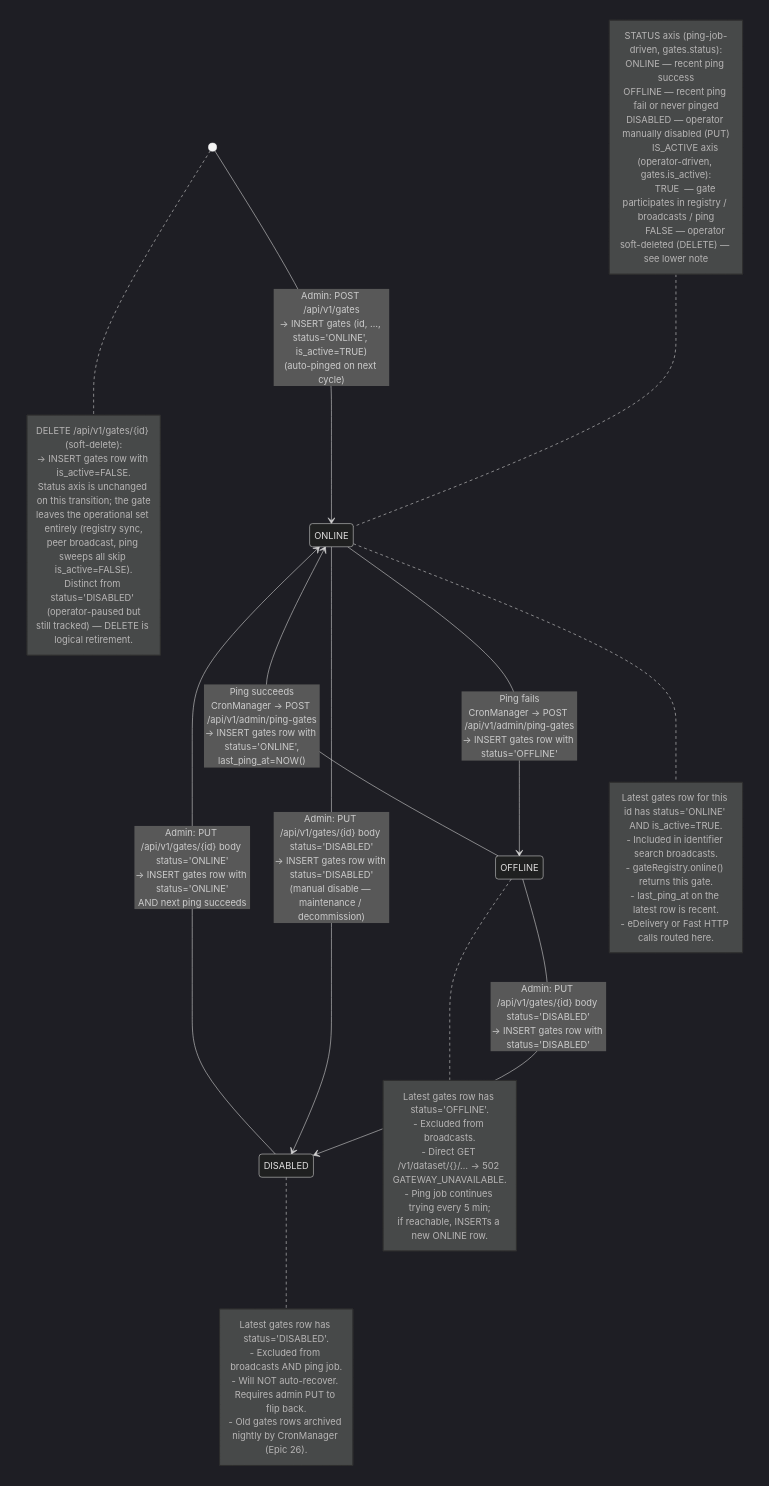
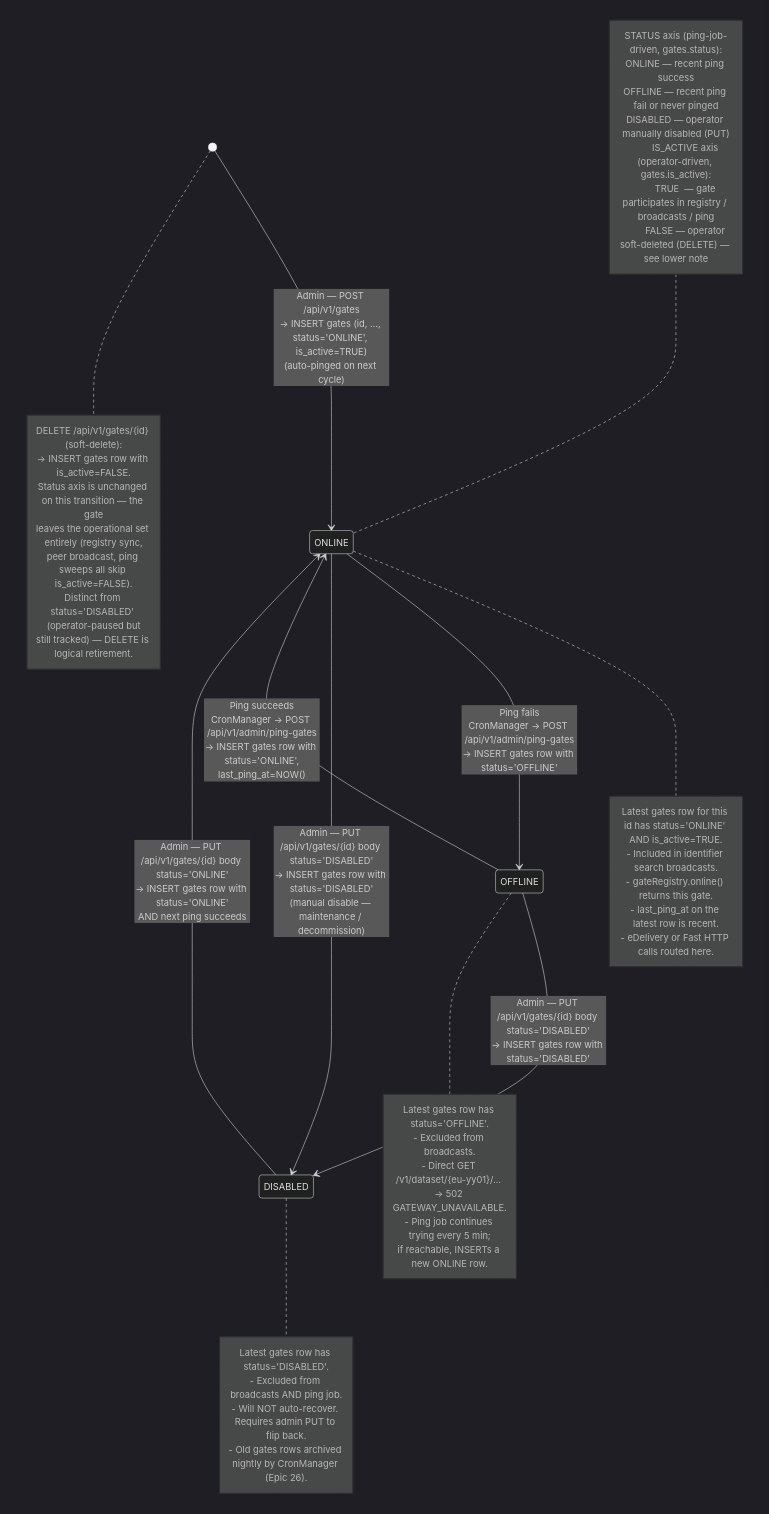
Before and after one commit to kemit-ee/efti-gate-ee: the diagram in docs/specs/diagrams/state-05-gate-health.mmd, drawn with Mermaid (dark theme). The commit also changed 25 other files, not shown here.

First line of the commit message:
docs(specs): fix Mermaid rendering — all 26 diagrams now render under mermaid v10 (#13)

```diff
--- a/docs/specs/diagrams/state-05-gate-health.mmd
+++ b/docs/specs/diagrams/state-05-gate-health.mmd
@@ -1,56 +1,56 @@
 stateDiagram-v2
-    [*] --> ONLINE: Admin: POST /api/v1/gates<br/>→ INSERT gates (id, …, status='ONLINE', is_active=TRUE)<br/>(auto-pinged on next cycle)
+    [*] --> ONLINE: Admin — POST /api/v1/gates<br/>→ INSERT gates (id, …, status='ONLINE', is_active=TRUE)<br/>(auto-pinged on next cycle)
 
     ONLINE --> OFFLINE: Ping fails<br/>CronManager → POST /api/v1/admin/ping-gates<br/>→ INSERT gates row with status='OFFLINE'
 
     OFFLINE --> ONLINE: Ping succeeds<br/>CronManager → POST /api/v1/admin/ping-gates<br/>→ INSERT gates row with status='ONLINE',<br/>last_ping_at=NOW()
 
-    ONLINE --> DISABLED: Admin: PUT /api/v1/gates/{id} body status='DISABLED'<br/>→ INSERT gates row with status='DISABLED'<br/>(manual disable — maintenance / decommission)
+    ONLINE --> DISABLED: Admin — PUT /api/v1/gates/{id} body status='DISABLED'<br/>→ INSERT gates row with status='DISABLED'<br/>(manual disable — maintenance / decommission)
 
-    OFFLINE --> DISABLED: Admin: PUT /api/v1/gates/{id} body status='DISABLED'<br/>→ INSERT gates row with status='DISABLED'
+    OFFLINE --> DISABLED: Admin — PUT /api/v1/gates/{id} body status='DISABLED'<br/>→ INSERT gates row with status='DISABLED'
 
-    DISABLED --> ONLINE: Admin: PUT /api/v1/gates/{id} body status='ONLINE'<br/>→ INSERT gates row with status='ONLINE'<br/>AND next ping succeeds
+    DISABLED --> ONLINE: Admin — PUT /api/v1/gates/{id} body status='ONLINE'<br/>→ INSERT gates row with status='ONLINE'<br/>AND next ping succeeds
 
     note left of ONLINE
         STATUS axis (ping-job-driven, gates.status):
         ONLINE — recent ping success
         OFFLINE — recent ping fail or never pinged
         DISABLED — operator manually disabled (PUT)
 
         IS_ACTIVE axis (operator-driven, gates.is_active):
         TRUE  — gate participates in registry / broadcasts / ping
         FALSE — operator soft-deleted (DELETE) — see lower note
     end note
 
     note right of ONLINE
         Latest gates row for this id has status='ONLINE' AND is_active=TRUE.
         - Included in identifier search broadcasts.
         - gateRegistry.online() returns this gate.
         - last_ping_at on the latest row is recent.
         - eDelivery or Fast HTTP calls routed here.
     end note
 
     note right of OFFLINE
         Latest gates row has status='OFFLINE'.
         - Excluded from broadcasts.
-        - Direct GET /v1/dataset/{<peerGateA>}/… → 502 GATEWAY_UNAVAILABLE.
+        - Direct GET /v1/dataset/{eu-yy01}/… → 502 GATEWAY_UNAVAILABLE.
         - Ping job continues trying every 5 min;
           if reachable, INSERTs a new ONLINE row.
     end note
 
     note right of DISABLED
         Latest gates row has status='DISABLED'.
         - Excluded from broadcasts AND ping job.
         - Will NOT auto-recover. Requires admin PUT to flip back.
         - Old gates rows archived nightly by CronManager (Epic 26).
     end note
 
     note right of [*]
         DELETE /api/v1/gates/{id} (soft-delete):
         → INSERT gates row with is_active=FALSE.
-        Status axis is unchanged on this transition; the gate
+        Status axis is unchanged on this transition — the gate
         leaves the operational set entirely (registry sync,
         peer broadcast, ping sweeps all skip is_active=FALSE).
         Distinct from status='DISABLED' (operator-paused but
         still tracked) — DELETE is logical retirement.
     end note
```
